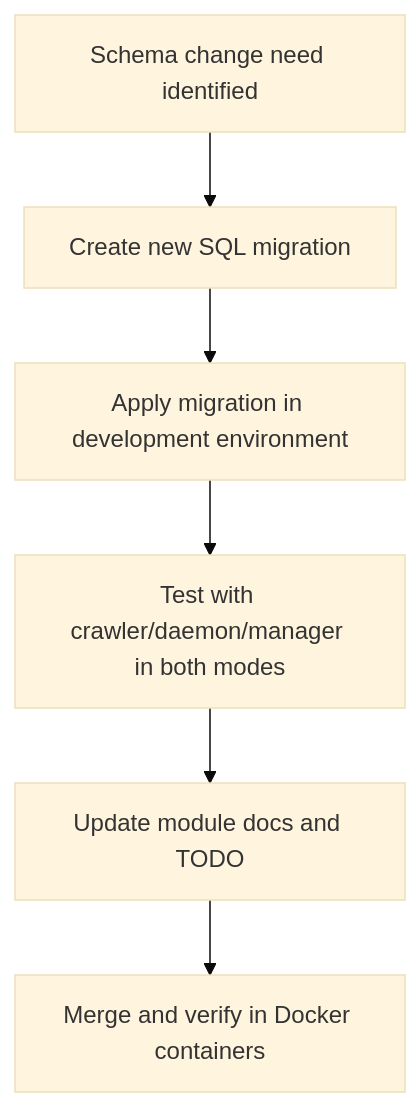
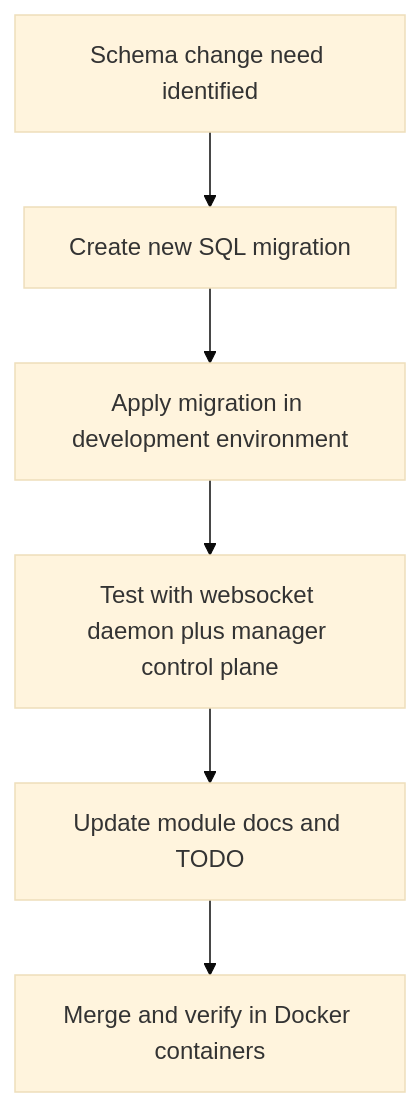
One commit to TiborKoderman/EIPS-TT changed the diagram in db/database.md. Above: the diagram before and after it, drawn with Mermaid (base theme). The commit also changed other lines of this file and 22 other files, not shown here.

First line of the commit message:
Refactor crawler architecture: remove standalone mode, streamline daemon entry points, and enhance local fallback configuration

````diff
--- a/db/database.md
+++ b/db/database.md
@@ -83,8 +81,8 @@
 ```mermaid
 flowchart TD
     A[Schema change need identified] --> B[Create new SQL migration]
     B --> C[Apply migration in development environment]
-    C --> D[Test with crawler/daemon/manager in both modes]
+    C --> D[Test with websocket daemon plus manager control plane]
     D --> E[Update module docs and TODO]
     E --> F[Merge and verify in Docker containers]
 ```
````
